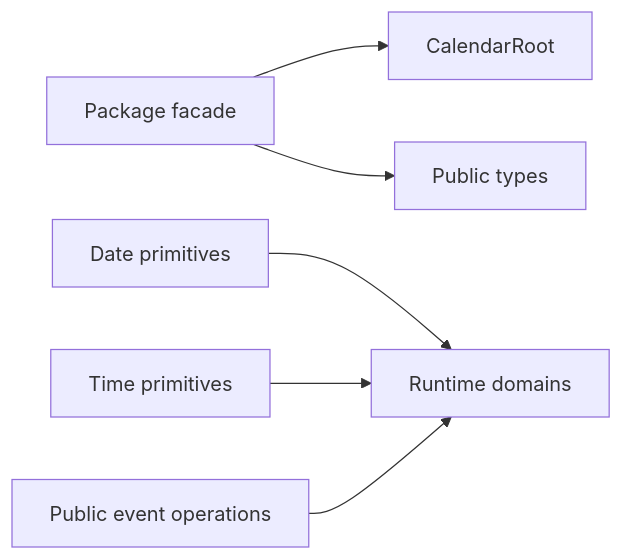
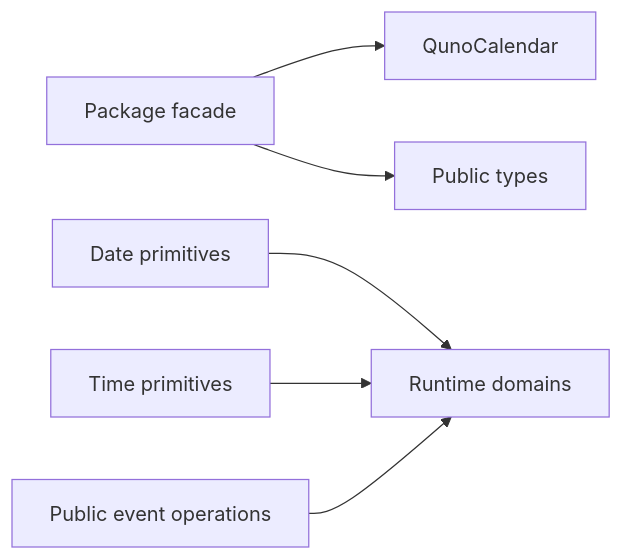
Before and after one commit to junomedical/quno-calendar: the diagram in docs/domains/foundation.md, drawn with Mermaid. The commit also changed other lines of this file and 402 other files, not shown here.

Commit message:
feat: consolidate calendar and datepicker package

````diff
--- a/docs/domains/foundation.md
+++ b/docs/domains/foundation.md
@@ -7,8 +7,8 @@
 ```mermaid
 flowchart LR
-  Facade["Package facade"] --> Root["CalendarRoot"]
+  Facade["Package facade"] --> Root["QunoCalendar"]
   Facade --> Types["Public types"]
   Date["Date primitives"] --> Runtime["Runtime domains"]
   Time["Time primitives"] --> Runtime
   Membership["Public event operations"] --> Runtime
 ```
````
